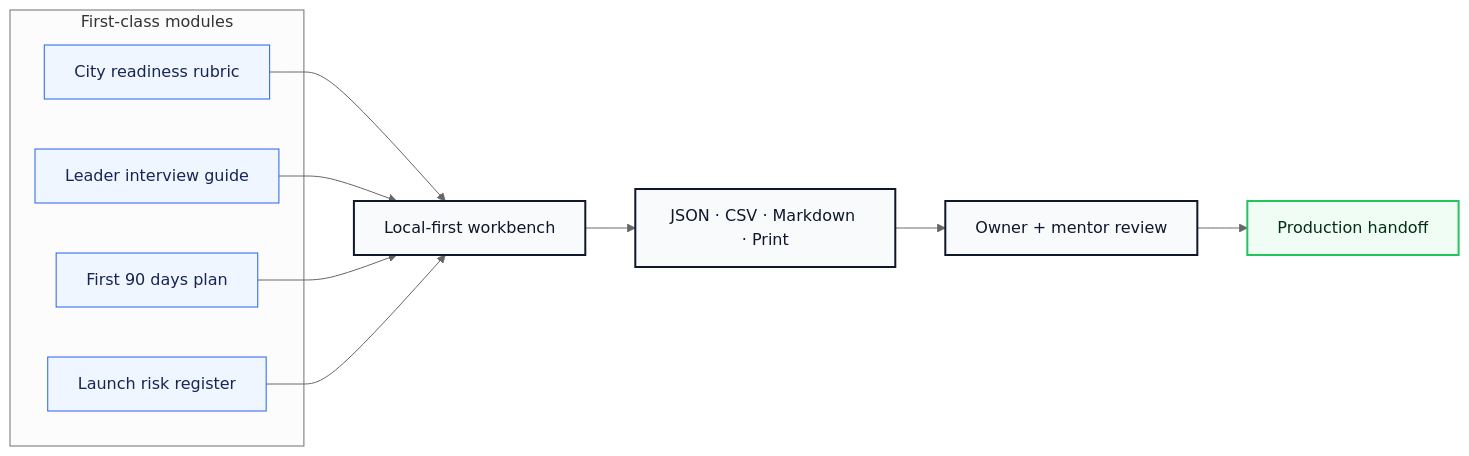
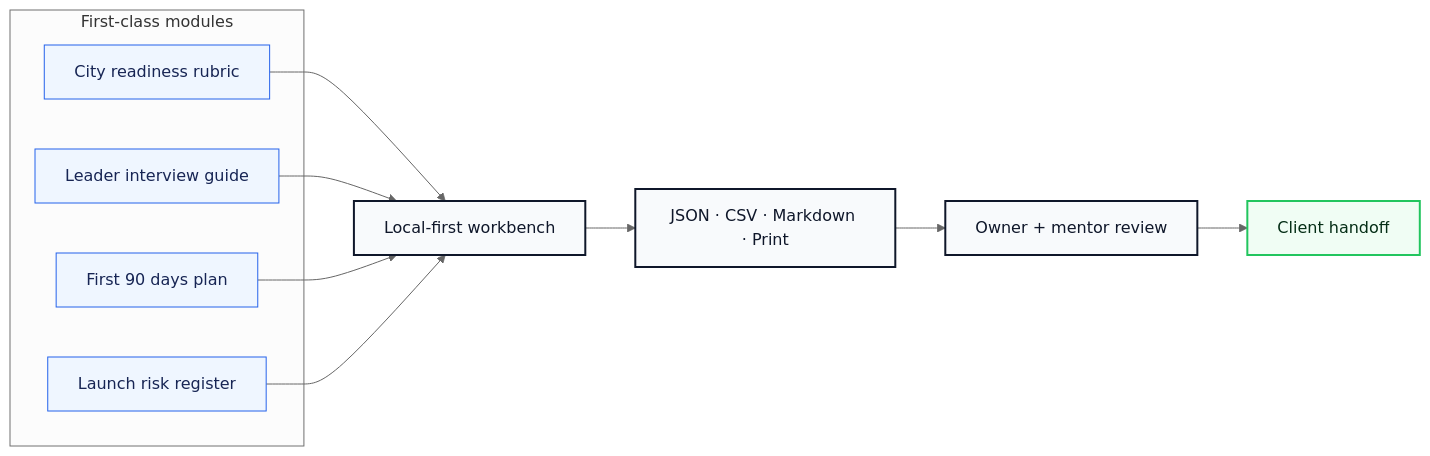
The second of 3 diagrams in README.md (volta-npo/chapter-expansion-kit), drawn with Mermaid (neutral theme) before and after one commit. The commit also changed other lines of this file and 28 other files, not shown here.

````diff
--- a/README.md
+++ b/README.md
@@ -64,23 +64,23 @@
 ```mermaid
 flowchart LR
     subgraph Modules["First-class modules"]
         M1["City readiness rubric"]
         M2["Leader interview guide"]
         M3["First 90 days plan"]
         M4["Launch risk register"]
     end
     M1 --> Workbench
     M2 --> Workbench
     M3 --> Workbench
     M4 --> Workbench
     Workbench["Local-first workbench"] --> Exports["JSON · CSV · Markdown · Print"]
     Exports --> Review["Owner + mentor review"]
-    Review --> Launch["Production handoff"]
+    Review --> Launch["Client handoff"]
 
     classDef module fill:#eff6ff,stroke:#2563eb,color:#172554;
     classDef app fill:#f8fafc,stroke:#0f172a,color:#0f172a,stroke-width:2px;
     classDef launch fill:#f0fdf4,stroke:#22c55e,color:#052e16,stroke-width:2px;
     class M1,M2,M3,M4 module;
     class Workbench,Exports,Review app;
     class Launch launch;
 ```
````
